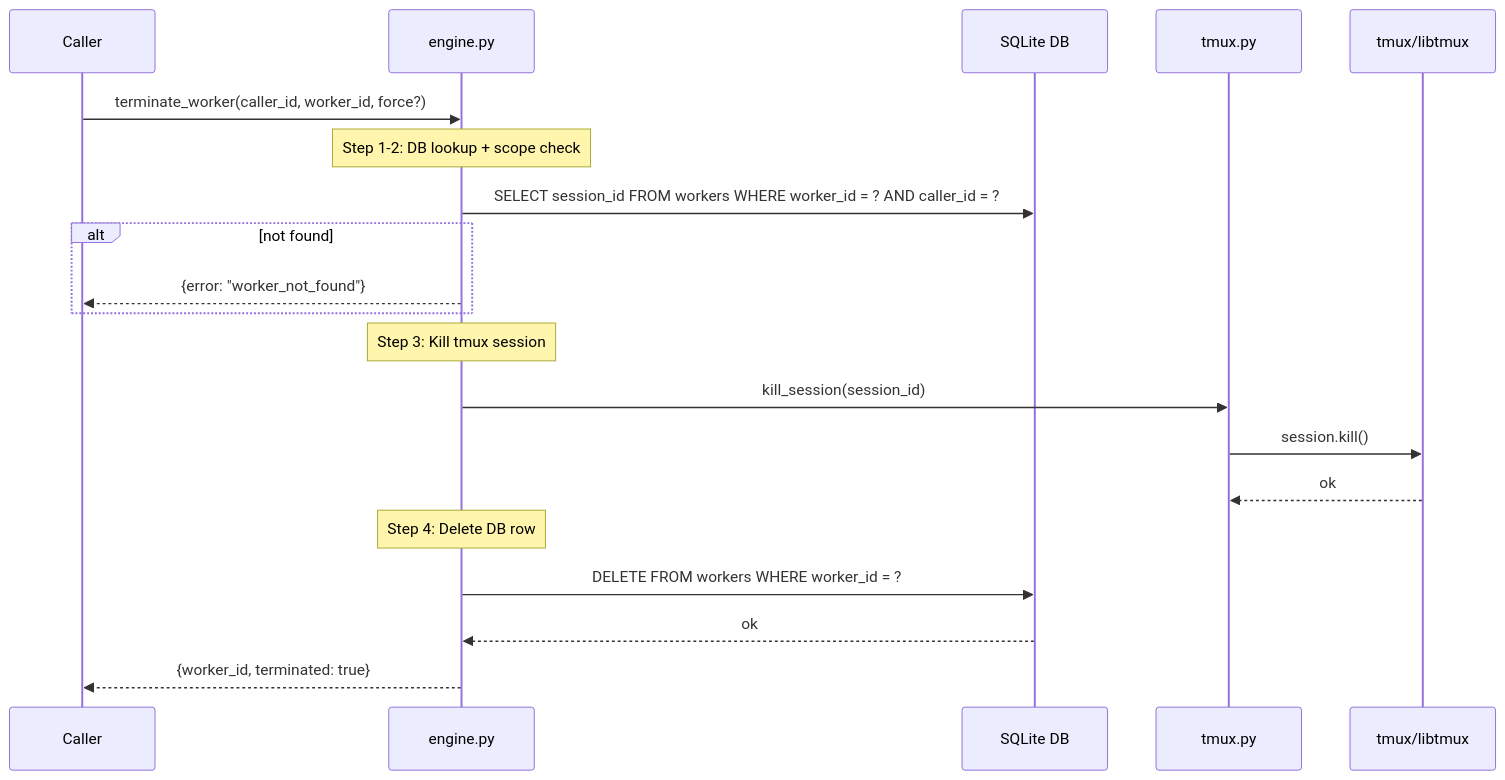
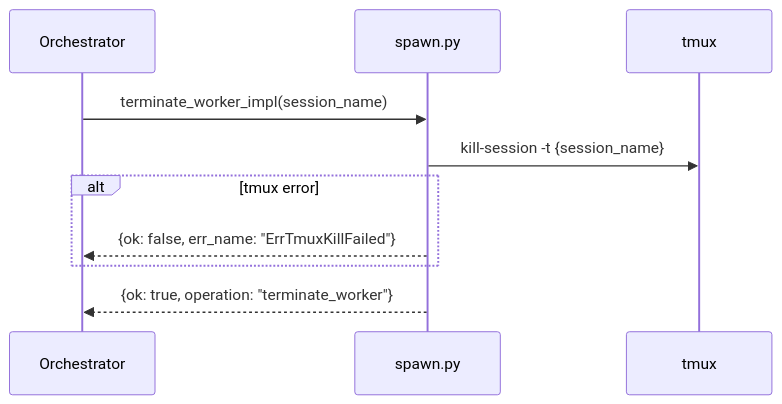
One commit to gabemahoney/waggle changed the diagram in docs/architecture/terminate_worker.md. Above: the diagram before and after it, drawn with Mermaid. The commit also changed other lines of this file and 43 other files, not shown here.

````diff
--- a/docs/architecture/terminate_worker.md
+++ b/docs/architecture/terminate_worker.md
@@ -33,27 +30,15 @@
 ```mermaid
 sequenceDiagram
-    participant C as Caller
-    participant E as engine.py
-    participant DB as SQLite DB
-    participant TM as tmux.py
-    participant TX as tmux/libtmux
+    participant O as Orchestrator
+    participant S as spawn.py
+    participant TX as tmux
 
-    C->>E: terminate_worker(caller_id, worker_id, force?)
+    O->>S: terminate_worker_impl(session_name)
 
-    Note over E: Step 1-2: DB lookup + scope check
-    E->>DB: SELECT session_id FROM workers WHERE worker_id = ? AND caller_id = ?
-    alt not found
-        E-->>C: {error: "worker_not_found"}
+    S->>TX: kill-session -t {session_name}
+    alt tmux error
+        S-->>O: {ok: false, err_name: "ErrTmuxKillFailed"}
     end
 
-    Note over E: Step 3: Kill tmux session
-    E->>TM: kill_session(session_id)
-    TM->>TX: session.kill()
-    TX-->>TM: ok
-
-    Note over E: Step 4: Delete DB row
-    E->>DB: DELETE FROM workers WHERE worker_id = ?
-    DB-->>E: ok
-
-    E-->>C: {worker_id, terminated: true}
+    S-->>O: {ok: true, operation: "terminate_worker"}
 ```
````
